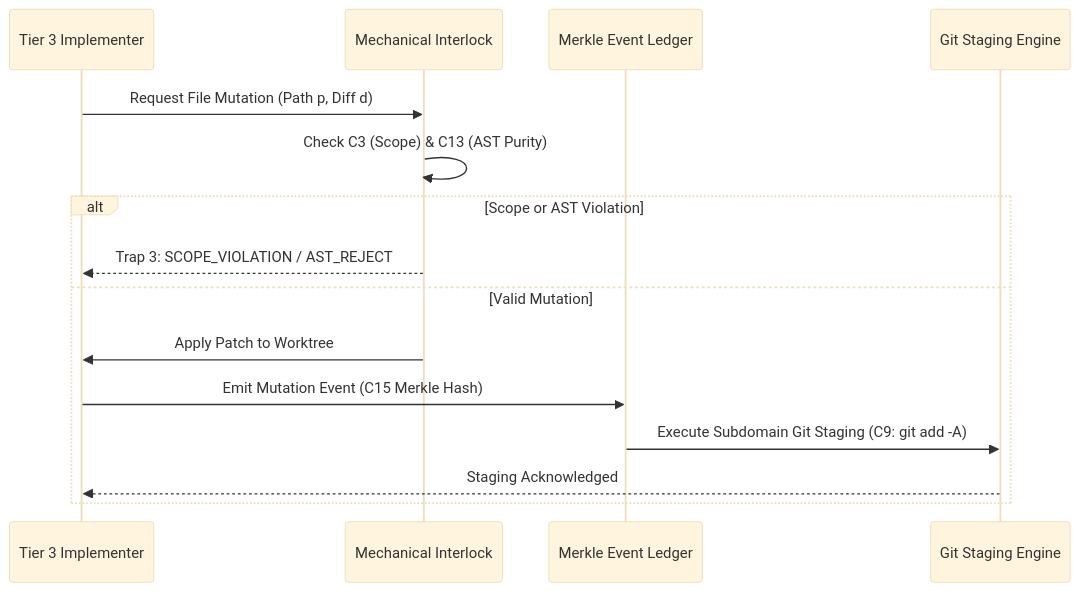
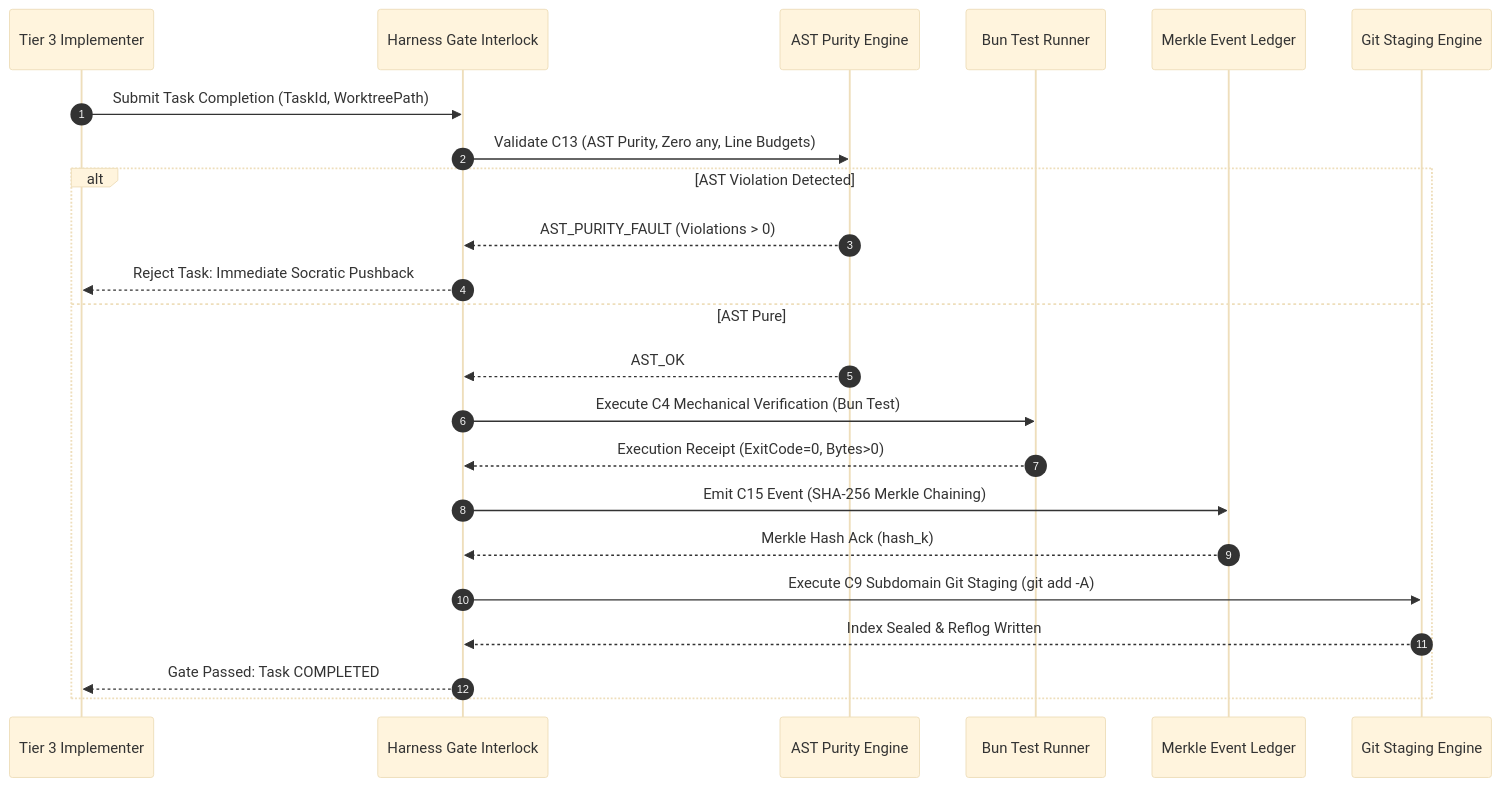
One commit to onurseckin/skills changed the second of 2 diagrams in docs/olt/architecture/01-foundations/01-02-the-hard-zeros-and-invariants.md. Above: the diagram before and after it, drawn with Mermaid (base theme). The commit also changed other lines of this file and 163 other files, not shown here.

````diff
--- a/docs/olt/architecture/01-foundations/01-02-the-hard-zeros-and-invariants.md
+++ b/docs/olt/architecture/01-foundations/01-02-the-hard-zeros-and-invariants.md
@@ -228,18 +236,26 @@
 ```mermaid
 sequenceDiagram
+    autonumber
     participant Worker as Tier 3 Implementer
-    participant Interlock as Mechanical Interlock
+    participant Gate as Harness Gate Interlock
+    participant AST as AST Purity Engine
+    participant Runner as Bun Test Runner
     participant Ledger as Merkle Event Ledger
     participant Git as Git Staging Engine
 
-    Worker->>Interlock: Request File Mutation (Path p, Diff d)
-    Interlock->>Interlock: Check C3 (Scope) & C13 (AST Purity)
-    alt Scope or AST Violation
-        Interlock-->>Worker: Trap 3: SCOPE_VIOLATION / AST_REJECT
-    else Valid Mutation
-        Interlock->>Worker: Apply Patch to Worktree
-        Worker->>Ledger: Emit Mutation Event (C15 Merkle Hash)
-        Ledger->>Git: Execute Subdomain Git Staging (C9: git add -A)
-        Git-->>Worker: Staging Acknowledged
+    Worker->>Gate: Submit Task Completion (TaskId, WorktreePath)
+    Gate->>AST: Validate C13 (AST Purity, Zero any, Line Budgets)
+    alt AST Violation Detected
+        AST-->>Gate: AST_PURITY_FAULT (Violations > 0)
+        Gate-->>Worker: Reject Task: Immediate Socratic Pushback
+    else AST Pure
+        AST-->>Gate: AST_OK
+        Gate->>Runner: Execute C4 Mechanical Verification (Bun Test)
+        Runner-->>Gate: Execution Receipt (ExitCode=0, Bytes>0)
+        Gate->>Ledger: Emit C15 Event (SHA-256 Merkle Chaining)
+        Ledger-->>Gate: Merkle Hash Ack (hash_k)
+        Gate->>Git: Execute C9 Subdomain Git Staging (git add -A)
+        Git-->>Gate: Index Sealed & Reflog Written
+        Gate-->>Worker: Gate Passed: Task COMPLETED
     end
 ```
````
